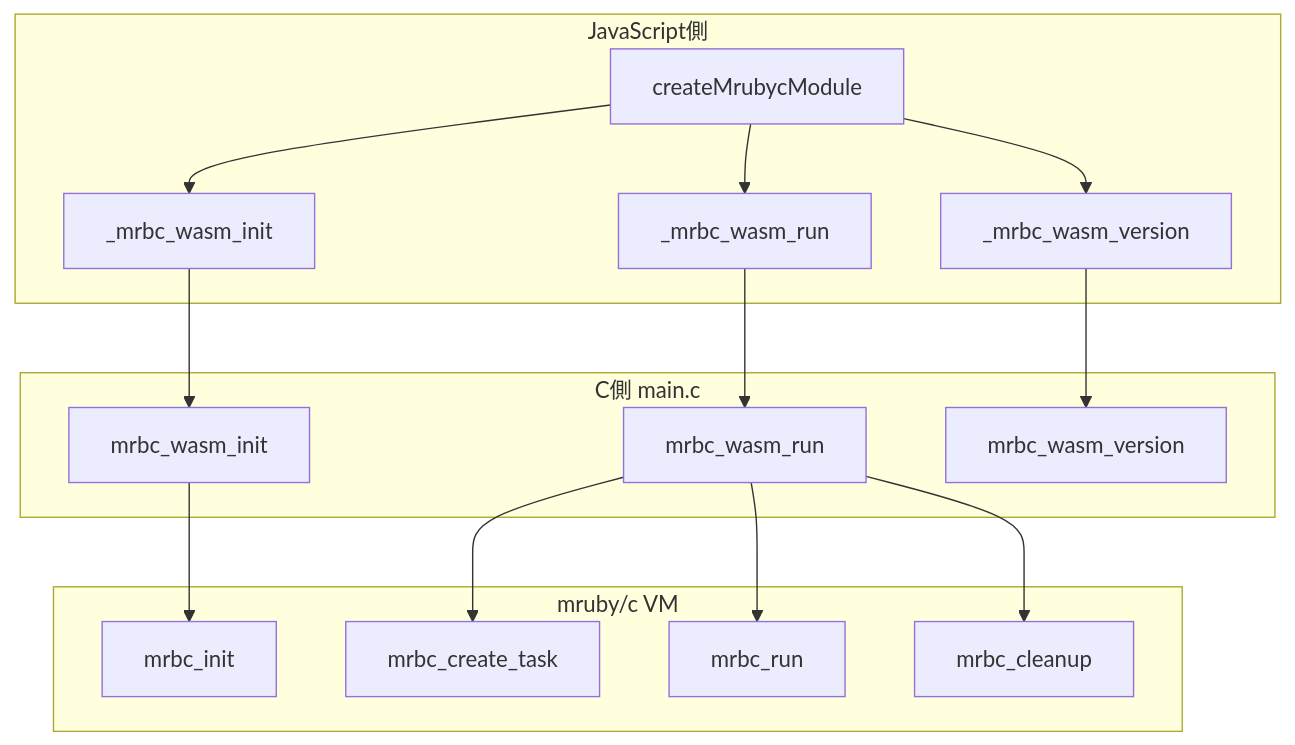
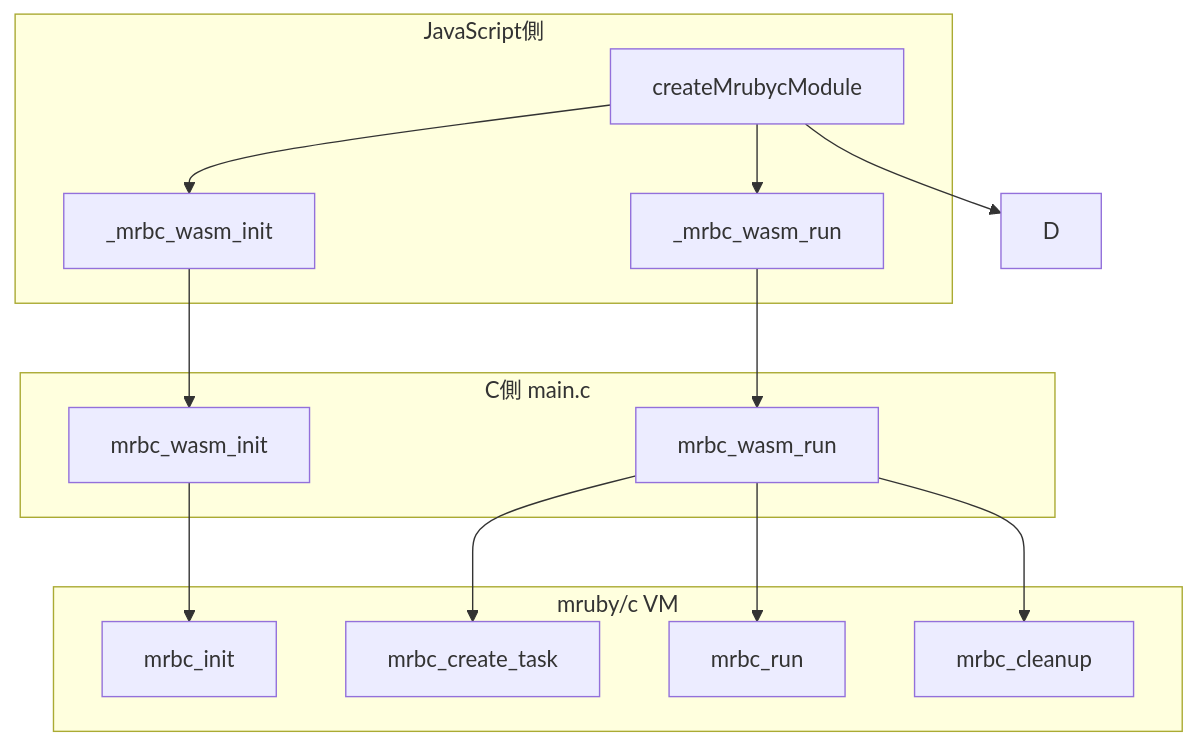
One commit to uist1idrju3i/study-WebSimulator changed the fourth of 6 diagrams in README.md. Above: the diagram before and after it, drawn with Mermaid. The commit also changed other lines of this file and 5 other files, not shown here.

````diff
--- a/README.md
+++ b/README.md
@@ -190,33 +189,30 @@
 ```mermaid
 graph TB
     subgraph "JavaScript側"
         A[createMrubycModule]
         B[_mrbc_wasm_init]
         C[_mrbc_wasm_run]
-        D[_mrbc_wasm_version]
     end
     
     subgraph "C側 main.c"
         E[mrbc_wasm_init]
         F[mrbc_wasm_run]
-        G[mrbc_wasm_version]
     end
     
     subgraph "mruby/c VM"
         H[mrbc_init]
         I[mrbc_create_task]
         J[mrbc_run]
         K[mrbc_cleanup]
     end
     
     A --> B
     A --> C
     A --> D
     B --> E
     C --> F
-    D --> G
     E --> H
     F --> I
     F --> J
     F --> K
 ```
````
